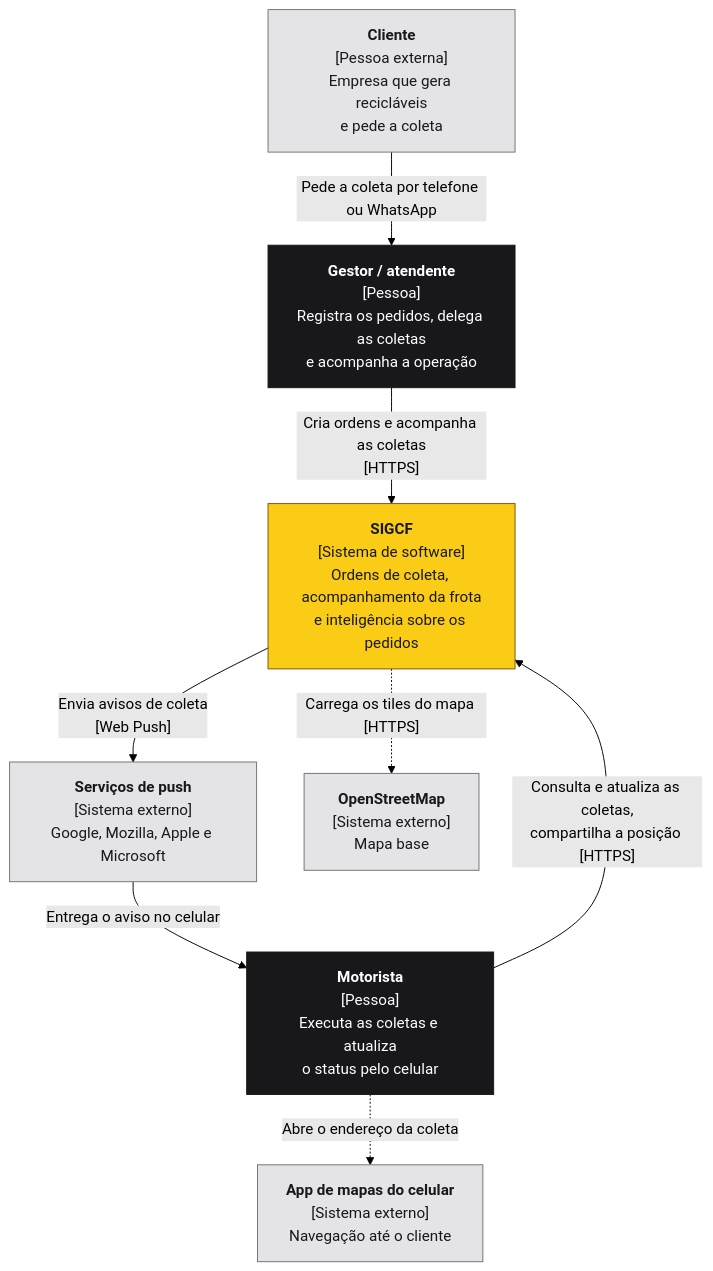
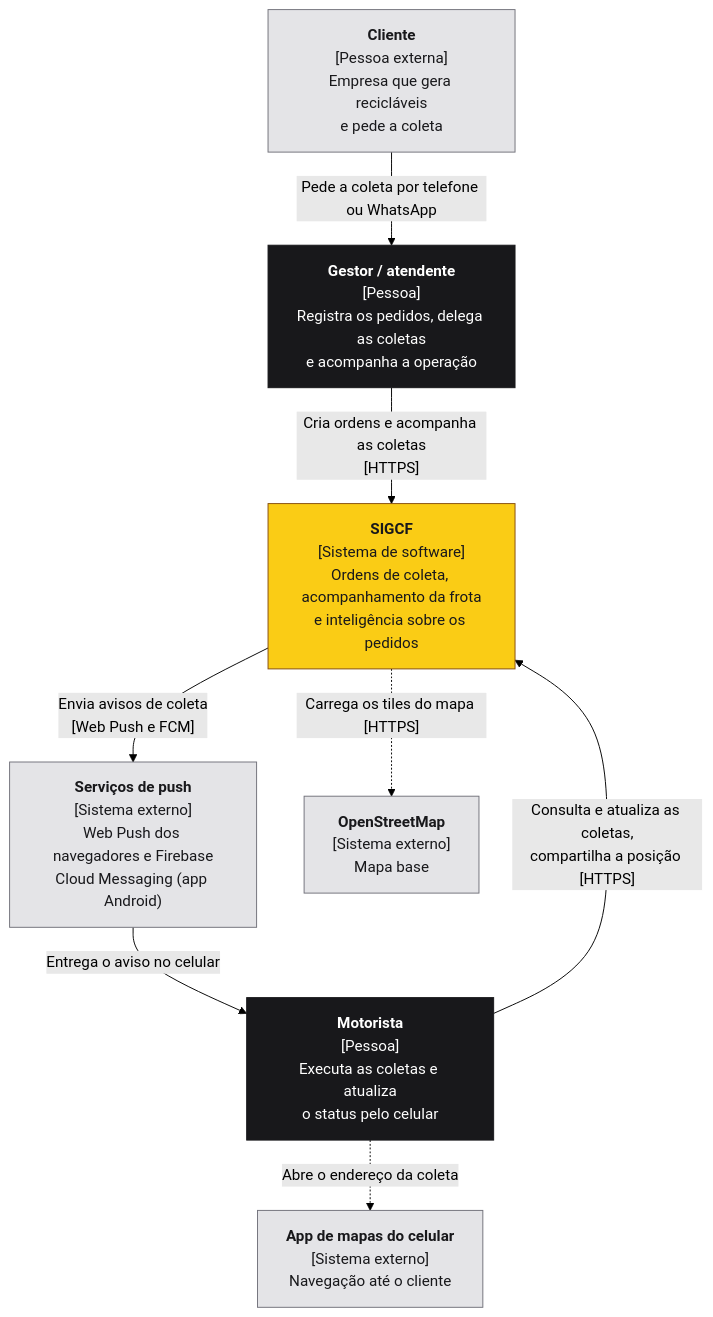
Before and after one commit to guifreiberger/sigcf: the first of 4 diagrams in docs/arquitetura.md, drawn with Mermaid (forest theme). The commit also changed other lines of this file and 8 other files, not shown here.

Commit message:
docs: documenta o app Android, os avisos pelo Firebase e a geração do APK

````diff
--- a/docs/arquitetura.md
+++ b/docs/arquitetura.md
@@ -11,22 +11,22 @@
 ```mermaid
 flowchart TB
     classDef pessoa fill:#18181b,stroke:#18181b,color:#ffffff
     classDef sistema fill:#facc15,stroke:#854d0e,color:#18181b
     classDef externo fill:#e4e4e7,stroke:#71717a,color:#18181b
 
     cliente["<b>Cliente</b><br/>[Pessoa externa]<br/>Empresa que gera recicláveis<br/>e pede a coleta"]:::externo
     gestor["<b>Gestor / atendente</b><br/>[Pessoa]<br/>Registra os pedidos, delega as coletas<br/>e acompanha a operação"]:::pessoa
     motorista["<b>Motorista</b><br/>[Pessoa]<br/>Executa as coletas e atualiza<br/>o status pelo celular"]:::pessoa
     sigcf["<b>SIGCF</b><br/>[Sistema de software]<br/>Ordens de coleta, acompanhamento da frota<br/>e inteligência sobre os pedidos"]:::sistema
-    push["<b>Serviços de push</b><br/>[Sistema externo]<br/>Google, Mozilla, Apple e Microsoft"]:::externo
+    push["<b>Serviços de push</b><br/>[Sistema externo]<br/>Web Push dos navegadores e Firebase<br/>Cloud Messaging (app Android)"]:::externo
     osm["<b>OpenStreetMap</b><br/>[Sistema externo]<br/>Mapa base"]:::externo
     mapas["<b>App de mapas do celular</b><br/>[Sistema externo]<br/>Navegação até o cliente"]:::externo
 
     cliente -- "Pede a coleta por telefone ou WhatsApp" --> gestor
     gestor -- "Cria ordens e acompanha as coletas<br/>[HTTPS]" --> sigcf
     motorista -- "Consulta e atualiza as coletas,<br/>compartilha a posição [HTTPS]" --> sigcf
-    sigcf -- "Envia avisos de coleta<br/>[Web Push]" --> push
+    sigcf -- "Envia avisos de coleta<br/>[Web Push e FCM]" --> push
     push -- "Entrega o aviso no celular" --> motorista
     sigcf -. "Carrega os tiles do mapa [HTTPS]" .-> osm
     motorista -. "Abre o endereço da coleta" .-> mapas
 ```
````
